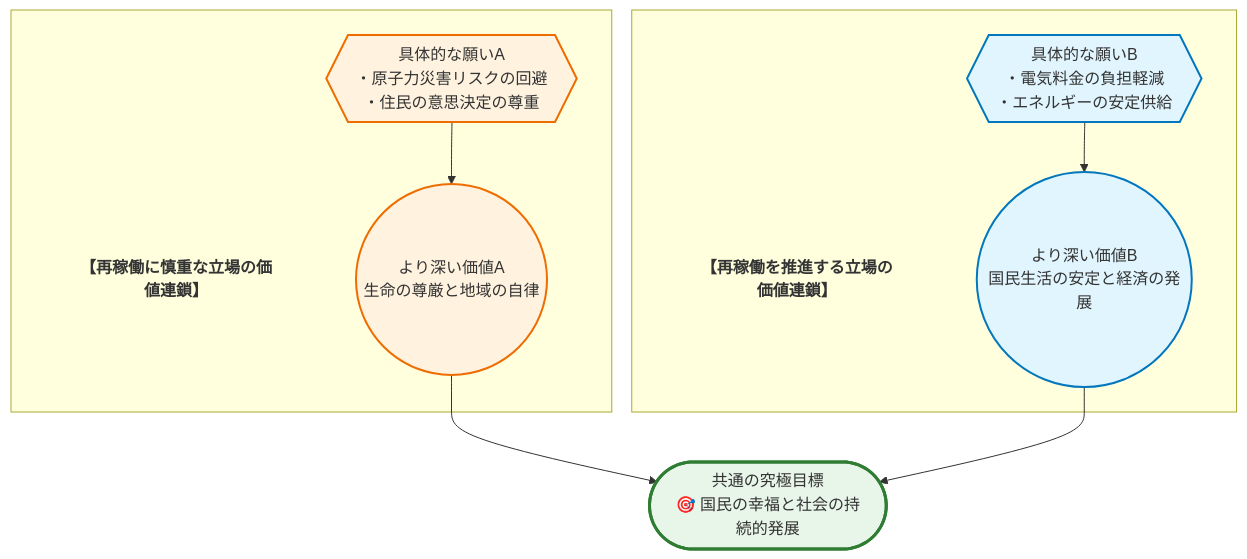
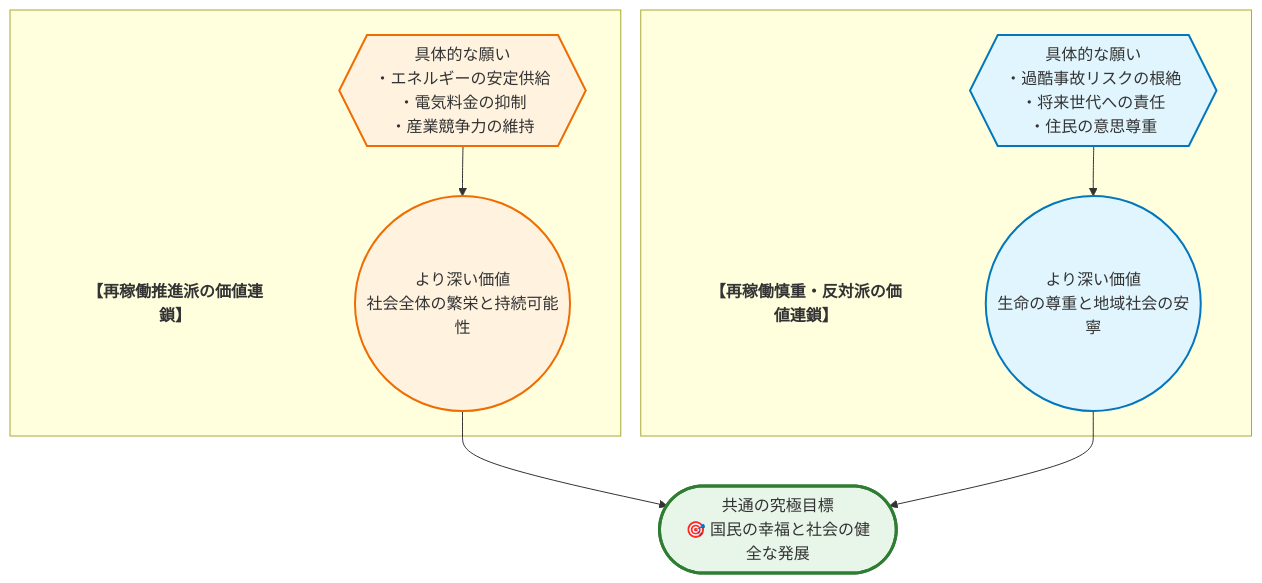
Before and after one commit to ogaogamirai/ARE-Public-Gallery: the first of 2 diagrams in themes/Restart of Rural NPPs/standard.md, drawn with Mermaid. The commit also changed other lines of this file and 1 other file, not shown here.

````diff
--- a/themes/Restart of Rural NPPs/standard.md
+++ b/themes/Restart of Rural NPPs/standard.md
@@ -25,21 +28,21 @@
 ```mermaid
 graph TD
   subgraph SG_A[" "]
-    Title_A["【再稼働に慎重な立場の価値連鎖】"]
-    A{{"具体的な願いA<br>・原子力災害リスクの回避<br>・住民の意思決定の尊重"}} --> B(("より深い価値A<br>生命の尊厳と地域の自律"))
+    Title_A["【再稼働推進派の価値連鎖】"]
+    A{{"具体的な願い<br>・エネルギーの安定供給<br>・電気料金の抑制<br>・産業競争力の維持"}} --> B(("より深い価値<br>社会全体の繁栄と持続可能性"))
   end
   subgraph SG_B[" "]
-    Title_B["【再稼働を推進する立場の価値連鎖】"]
-    C{{"具体的な願いB<br>・電気料金の負担軽減<br>・エネルギーの安定供給"}} --> D(("より深い価値B<br>国民生活の安定と経済の発展"))
+    Title_B["【再稼働慎重・反対派の価値連鎖】"]
+    C{{"具体的な願い<br>・過酷事故リスクの根絶<br>・将来世代への責任<br>・住民の意思尊重"}} --> D(("より深い価値<br>生命の尊重と地域社会の安寧"))
   end
-  B --> E(["共通の究極目標<br>🎯 国民の幸福と社会の持続的発展"])
+  B --> E(["共通の究極目標<br>🎯 国民の幸福と社会の健全な発展"])
   D --> E
 
   style Title_A fill:none,stroke:none,font-weight:bold
   style Title_B fill:none,stroke:none,font-weight:bold
   style A fill:#FFF3E0,stroke:#EF6C00,stroke-width:2px
   style B fill:#FFF3E0,stroke:#EF6C00,stroke-width:2px
   style C fill:#E1F5FE,stroke:#0277BD,stroke-width:2px
   style D fill:#E1F5FE,stroke:#0277BD,stroke-width:2px
   style E fill:#E8F5E9,stroke:#2E7D32,stroke-width:3px
 ```
````
